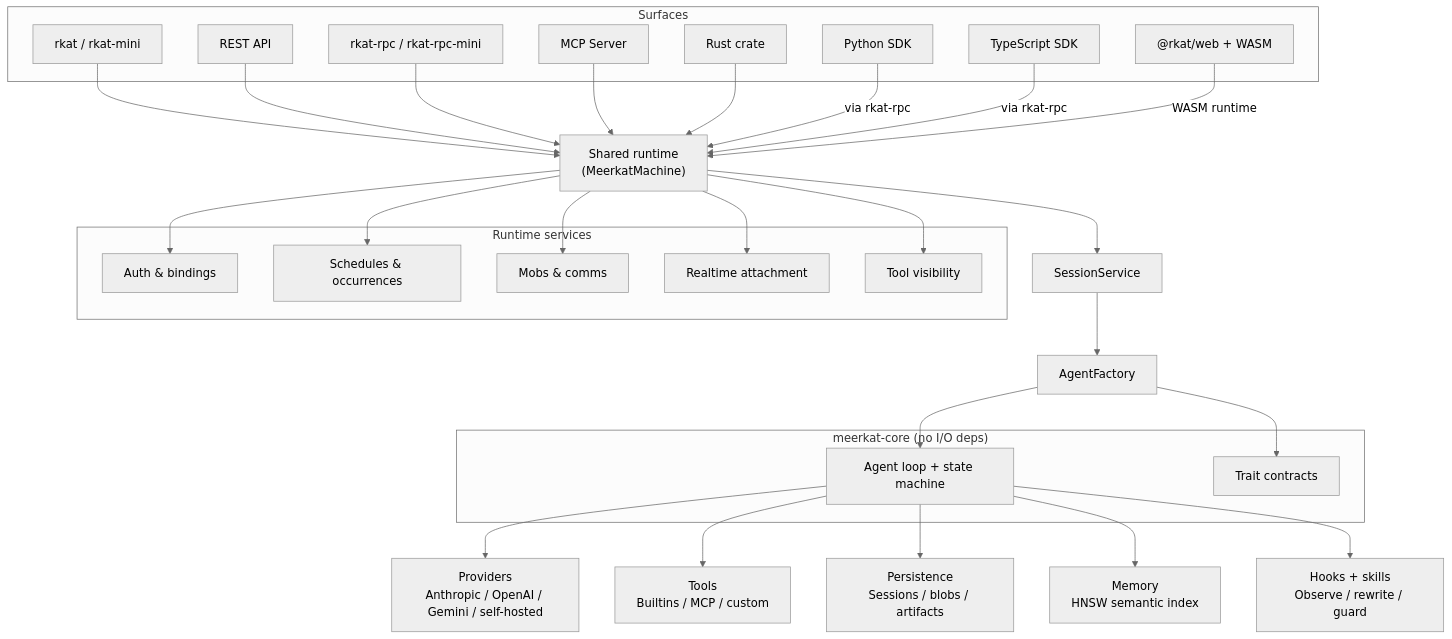
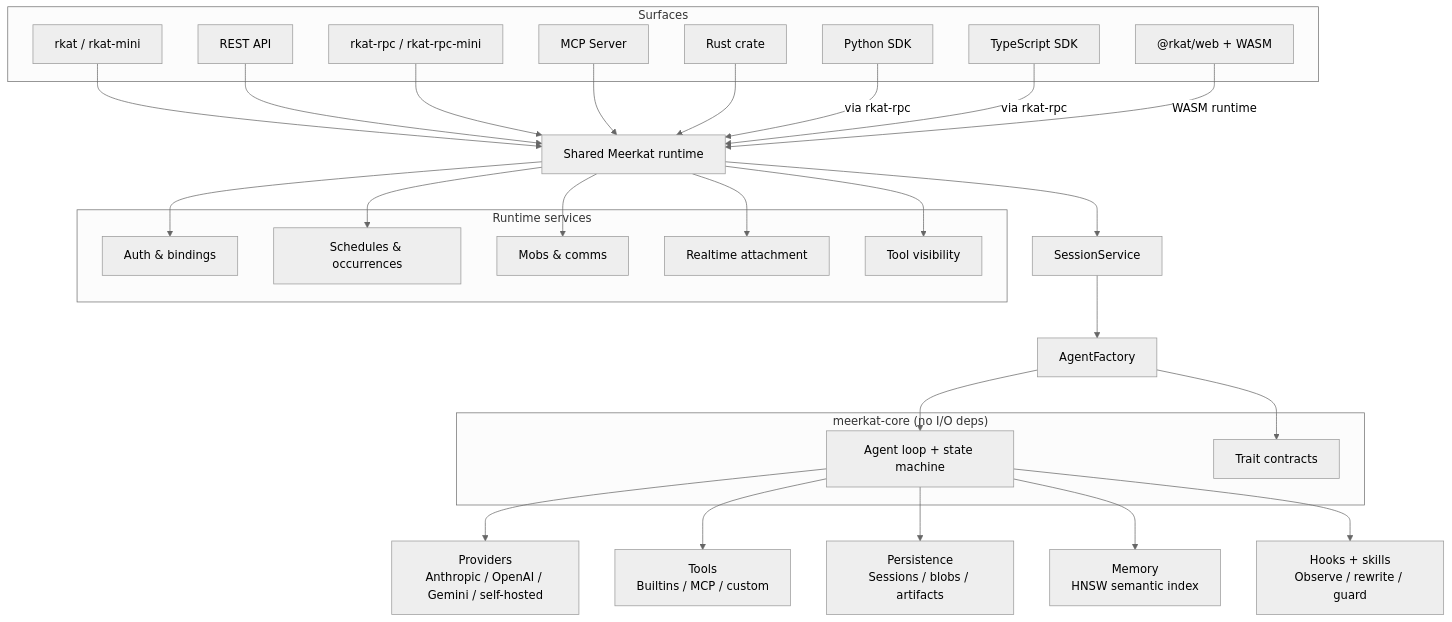
Before and after one commit to lukacf/meerkat: the diagram in README.md, drawn with Mermaid (neutral theme). The commit also changed other lines of this file, not shown here.

````diff
--- a/README.md
+++ b/README.md
@@ -266,63 +266,63 @@
 ```mermaid
 graph TD
     subgraph surfaces["Surfaces"]
         CLI["rkat / rkat-mini"]
         REST["REST API"]
         RPC["rkat-rpc / rkat-rpc-mini"]
         MCPS["MCP Server"]
         RUST["Rust crate"]
         PY["Python SDK"]
         TS["TypeScript SDK"]
         WEB["@rkat/web + WASM"]
     end
 
-    RUNTIME["Shared runtime<br/>(MeerkatMachine)"]
+    RUNTIME["Shared Meerkat runtime"]
 
     CLI --> RUNTIME
     REST --> RUNTIME
     RPC --> RUNTIME
     MCPS --> RUNTIME
     RUST --> RUNTIME
     PY -->|via rkat-rpc| RUNTIME
     TS -->|via rkat-rpc| RUNTIME
     WEB -->|WASM runtime| RUNTIME
 
     subgraph services["Runtime services"]
         AUTH["Auth & bindings"]
         SCHEDULE["Schedules & occurrences"]
         MOB["Mobs & comms"]
         REALTIME["Realtime attachment"]
         TOOLING["Tool visibility"]
     end
 
     RUNTIME --> AUTH
     RUNTIME --> SCHEDULE
     RUNTIME --> MOB
     RUNTIME --> REALTIME
     RUNTIME --> TOOLING
 
     SS["SessionService"]
     AF["AgentFactory"]
     RUNTIME --> SS
     SS --> AF
 
     subgraph core["meerkat-core  (no I/O deps)"]
         AGENT["Agent loop + state machine"]
         TRAITS["Trait contracts"]
     end
 
     AF --> AGENT
     AF --> TRAITS
 
     CLIENT["Providers<br/>Anthropic / OpenAI / Gemini / self-hosted"]
     TOOLS["Tools<br/>Builtins / MCP / custom"]
     SESSION["Persistence<br/>Sessions / blobs / artifacts"]
     MEMORY["Memory<br/>HNSW semantic index"]
     HOOKS["Hooks + skills<br/>Observe / rewrite / guard"]
 
     AGENT --> CLIENT
     AGENT --> TOOLS
     AGENT --> SESSION
     AGENT --> MEMORY
     AGENT --> HOOKS
 ```
````
